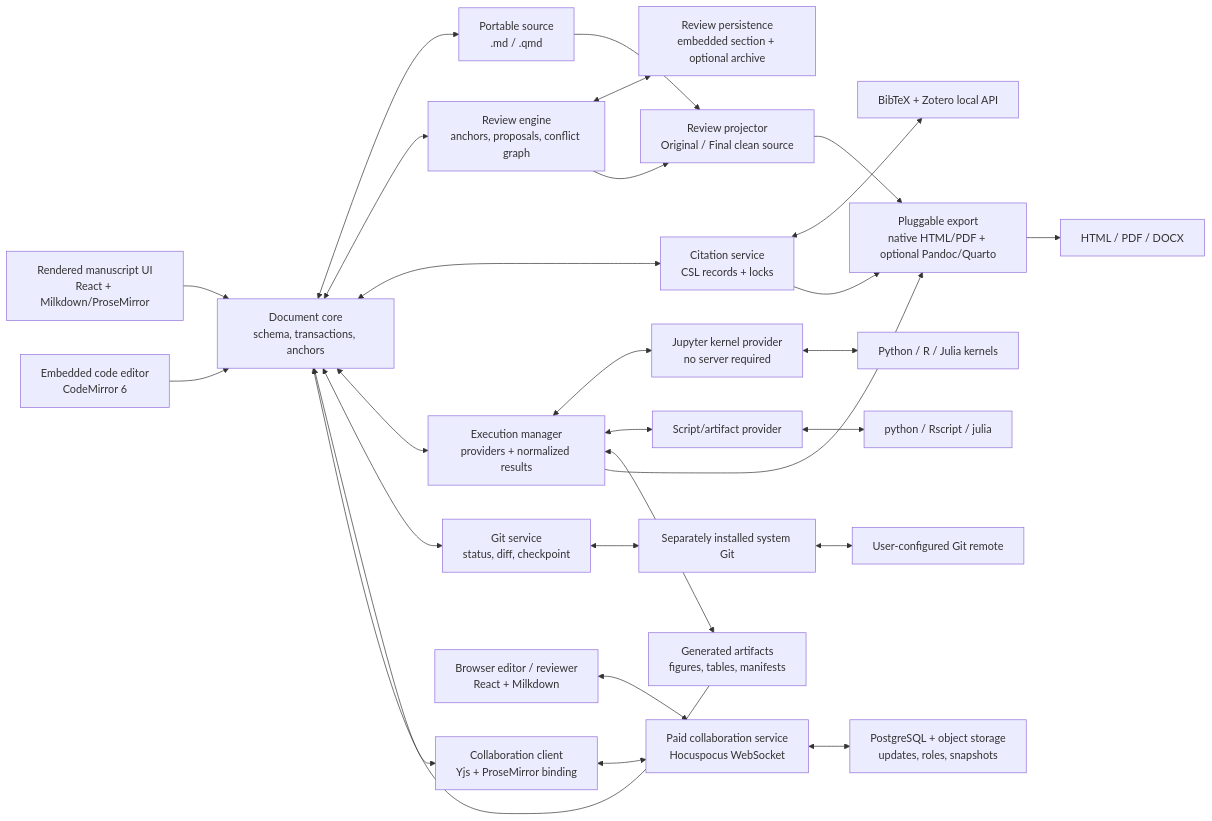
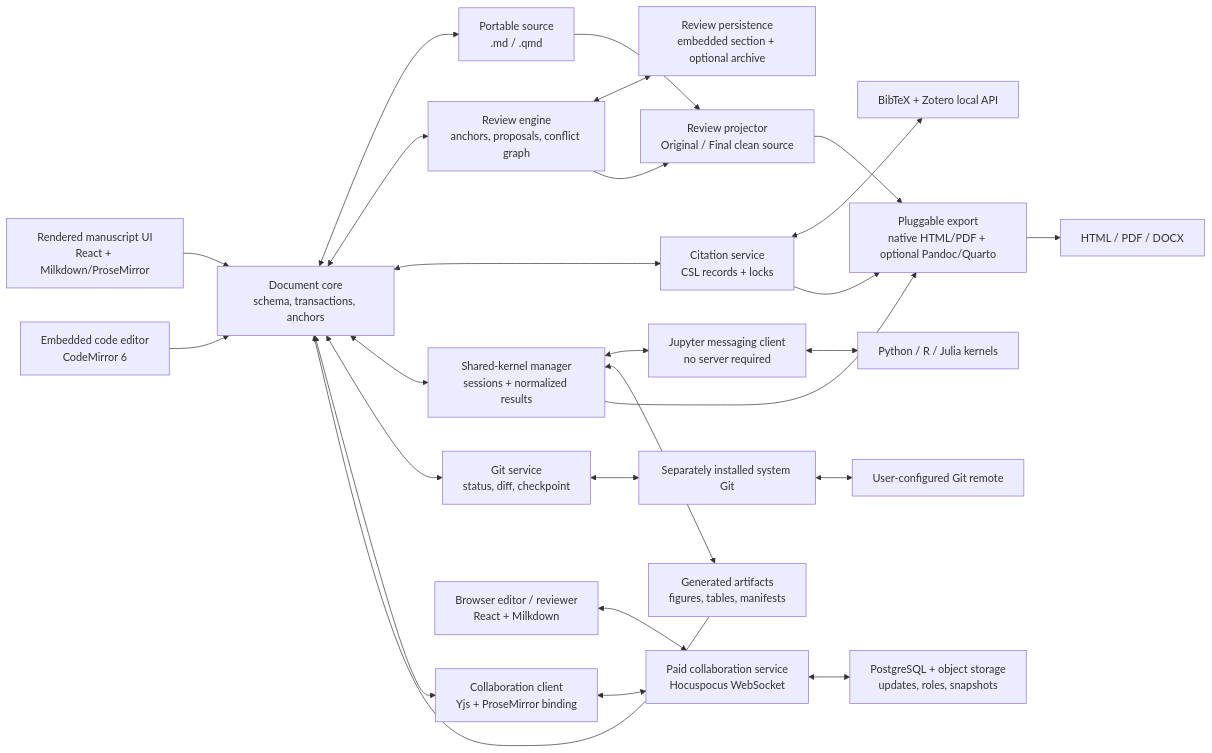
One commit to VEZY/DraftMatter changed the diagram in draftmatter-app-design.md. Above: the diagram before and after it, drawn with Mermaid. The commit also changed other lines of this file and 18 other files, not shown here.

Commit message:
feat(DM-P3): bundle native Jupyter execution

````diff
--- a/draftmatter-app-design.md
+++ b/draftmatter-app-design.md
@@ -583,55 +822,51 @@
 ```mermaid
 flowchart LR
     UI["Rendered manuscript UI<br/>React + Milkdown/ProseMirror"]
     CODE["Embedded code editor<br/>CodeMirror 6"]
     DOC["Document core<br/>schema, transactions, anchors"]
     MD["Portable source<br/>.md / .qmd"]
     REVIEW["Review engine<br/>anchors, proposals, conflict graph"]
     REVFILES["Review persistence<br/>embedded section + optional archive"]
     CITE["Citation service<br/>CSL records + locks"]
     SOURCES["BibTeX + Zotero local API"]
-    EXEC["Execution manager<br/>providers + normalized results"]
-    JUP["Jupyter kernel provider<br/>no server required"]
+    EXEC["Shared-kernel manager<br/>sessions + normalized results"]
+    JUP["Jupyter messaging client<br/>no server required"]
     KERNELS["Python / R / Julia kernels"]
-    SCRIPT["Script/artifact provider"]
-    RUNTIMES["python / Rscript / julia"]
     ARTIFACTS["Generated artifacts<br/>figures, tables, manifests"]
     PROJECT["Review projector<br/>Original / Final clean source"]
     EXPORT["Pluggable export<br/>native HTML/PDF + optional Pandoc/Quarto"]
     OUT["HTML / PDF / DOCX"]
     GIT["Git service<br/>status, diff, checkpoint"]
     GITCLI["Separately installed system Git"]
     REMOTE["User-configured Git remote"]
     SYNC["Collaboration client<br/>Yjs + ProseMirror binding"]
     COLLAB["Paid collaboration service<br/>Hocuspocus WebSocket"]
     CLOUD["PostgreSQL + object storage<br/>updates, roles, snapshots"]
     WEB["Browser editor / reviewer<br/>React + Milkdown"]
 
     UI --> DOC
     CODE --> DOC
     DOC <--> MD
     DOC <--> REVIEW
     REVIEW <--> REVFILES
     DOC <--> CITE
     CITE <--> SOURCES
     DOC <--> EXEC
     EXEC <--> JUP
     JUP <--> KERNELS
-    EXEC <--> SCRIPT
-    SCRIPT <--> RUNTIMES
     EXEC <--> ARTIFACTS
     ARTIFACTS --> DOC
     MD --> PROJECT
     REVIEW --> PROJECT
     PROJECT --> EXPORT
     CITE --> EXPORT
     EXEC --> EXPORT
     EXPORT --> OUT
     DOC <--> GIT
     GIT <--> GITCLI
     GITCLI <--> REMOTE
     DOC <--> SYNC
     SYNC <--> COLLAB
     WEB <--> COLLAB
     COLLAB <--> CLOUD
 ```
````
